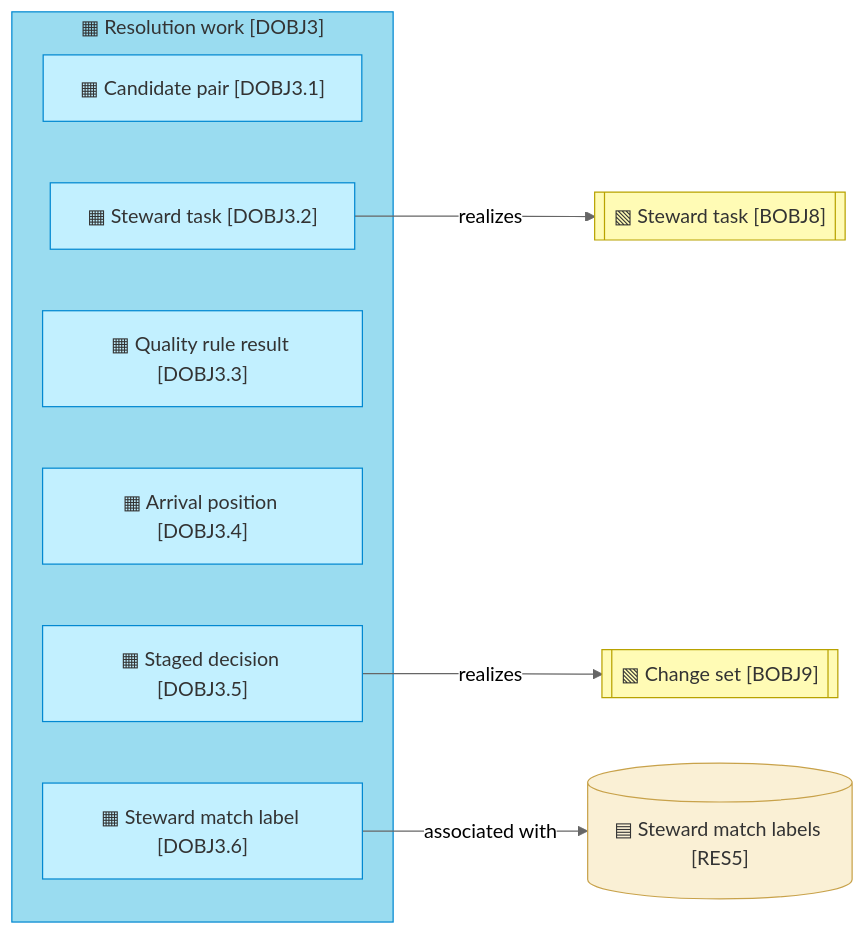
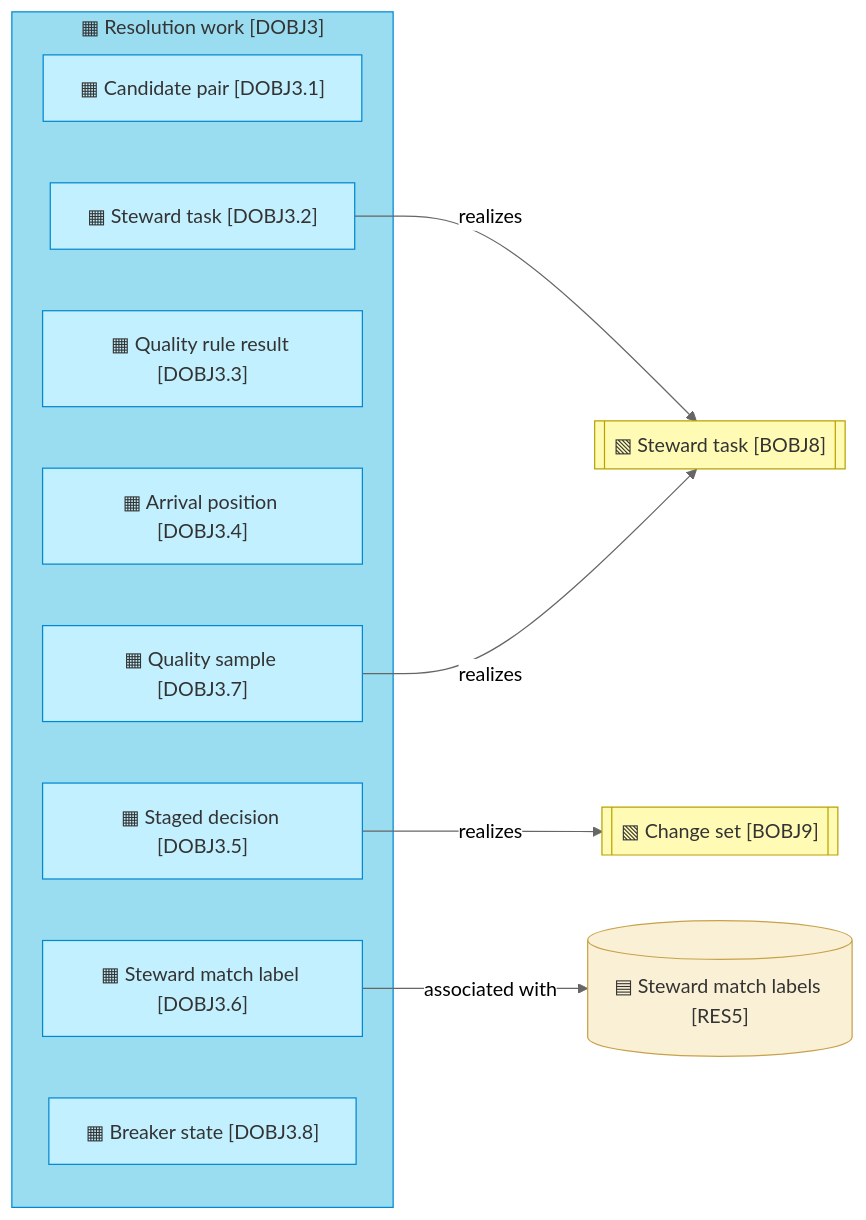
One commit to roanboc/dbx-master-data-manager changed the third of 5 diagrams in architecture/3_information/2_data-objects.md. Above: the diagram before and after it, drawn with Mermaid (neutral theme). The commit also changed other lines of this file and 21 other files, not shown here.

````diff
--- a/architecture/3_information/2_data-objects.md
+++ b/architecture/3_information/2_data-objects.md
@@ -75,23 +75,26 @@
 ```mermaid
 flowchart LR
   subgraph dobj3["▦ Resolution work [DOBJ3]"]
     dobj3_1["▦ Candidate pair [DOBJ3.1]"]:::object
     dobj3_2["▦ Steward task [DOBJ3.2]"]:::object
     dobj3_3["▦ Quality rule result [DOBJ3.3]"]:::object
     dobj3_4["▦ Arrival position [DOBJ3.4]"]:::object
     dobj3_5["▦ Staged decision [DOBJ3.5]"]:::object
     dobj3_6["▦ Steward match label [DOBJ3.6]"]:::object
+    dobj3_7["▦ Quality sample [DOBJ3.7]"]:::object
+    dobj3_8["▦ Breaker state [DOBJ3.8]"]:::object
   end
   bobj8[["▧ Steward task [BOBJ8]"]]:::business
   bobj9[["▧ Change set [BOBJ9]"]]:::business
   res5[("▤ Steward match labels [RES5]")]:::resource
 
   dobj3_2 -->|realizes| bobj8
+  dobj3_7 -->|realizes| bobj8
   dobj3_5 -->|realizes| bobj9
   dobj3_6 -->|associated with| res5
 
   classDef object fill:#c2f0ff,stroke:#0288d1,color:#333
   classDef business fill:#fffbb5,stroke:#b8a200,color:#333
   classDef resource fill:#faf0d5,stroke:#c8a24a,color:#333
   style dobj3 fill:#9adcf0,stroke:#0288d1,color:#333
 ```
````
